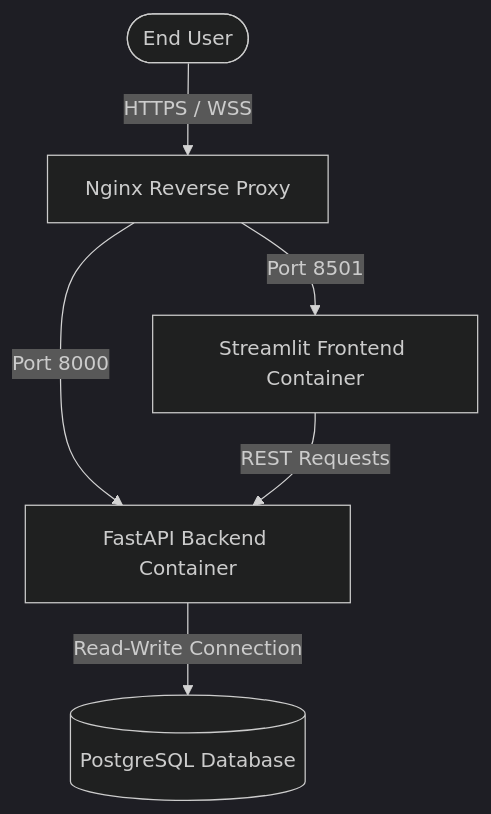
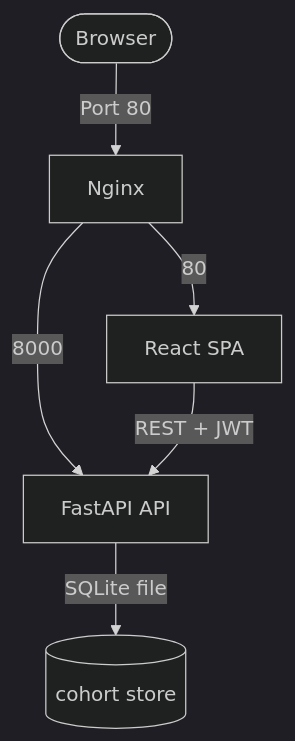
One commit to krishankantjha/RetainIQ changed the diagram in DEPLOYMENT.md. Above: the diagram before and after it, drawn with Mermaid (dark theme). The commit also changed other lines of this file and 5 other files, not shown here.

````diff
--- a/DEPLOYMENT.md
+++ b/DEPLOYMENT.md
@@ -26,8 +33,8 @@
 ```mermaid
 graph TD
-    User([End User]) -->|HTTPS / WSS| Proxy[Nginx Reverse Proxy]
-    Proxy -->|Port 8501| Streamlit[Streamlit Frontend Container]
-    Proxy -->|Port 8000| FastAPI[FastAPI Backend Container]
-    Streamlit -->|REST Requests| FastAPI
-    FastAPI -->|Read-Write Connection| DB[(PostgreSQL Database)]
+    User([Browser]) -->|Port 80| Proxy[Nginx]
+    Proxy -->|80| React[React SPA]
+    Proxy -->|8000| FastAPI[FastAPI API]
+    React -->|REST + JWT| FastAPI
+    FastAPI -->|SQLite file| DB[(cohort store)]
 ```
````
